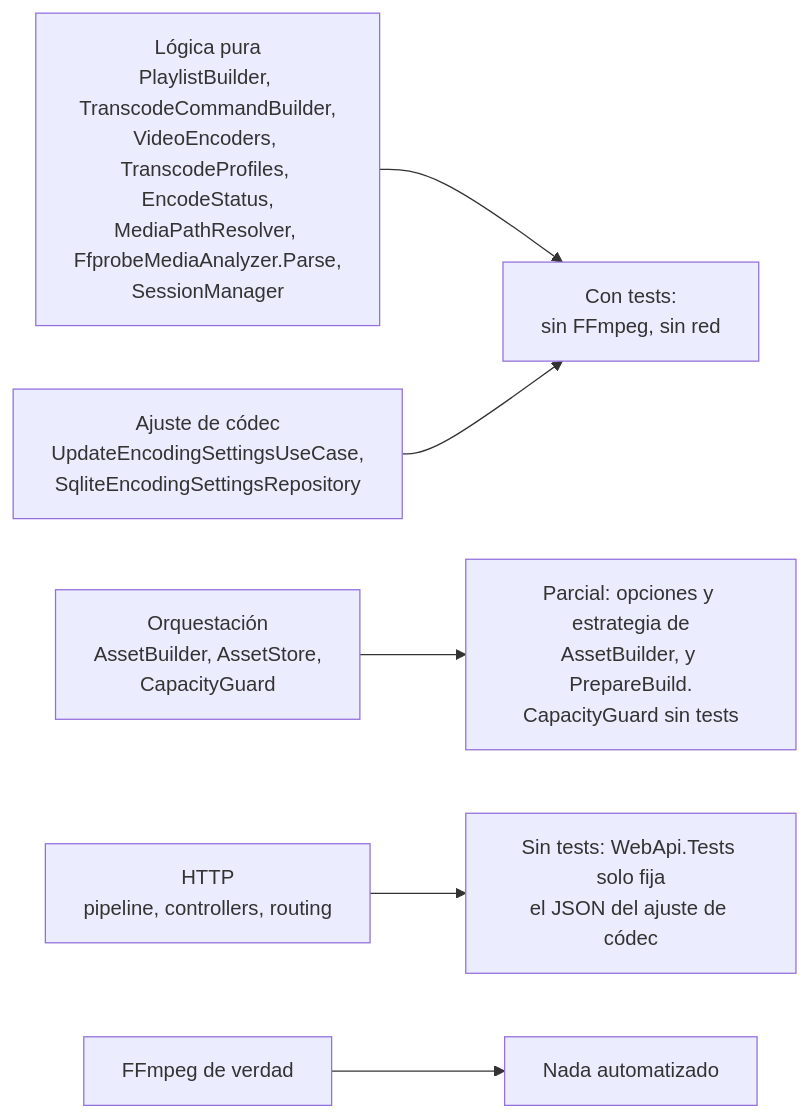
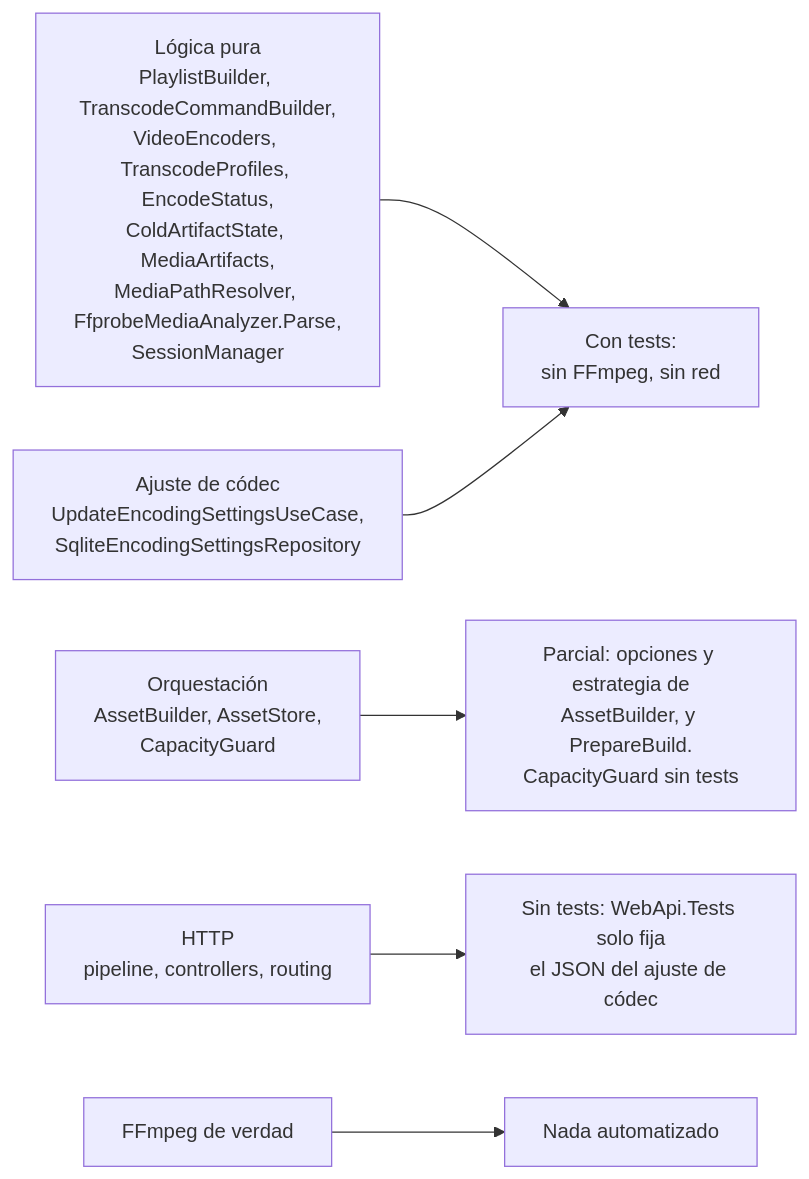
One commit to Juan045/home-stream-app changed diagram 15 of 15 in system_arquitecture.md. Above: the diagram before and after it, drawn with Mermaid. The commit also changed other lines of this file and 14 other files, not shown here.

Commit message:
feat: artifact status endpoint

````diff
--- a/system_arquitecture.md
+++ b/system_arquitecture.md
@@ -787,8 +804,8 @@
 ```mermaid
 flowchart LR
-    PURA["Lógica pura<br/>PlaylistBuilder, TranscodeCommandBuilder,<br/>VideoEncoders, TranscodeProfiles, EncodeStatus,<br/>MediaPathResolver, FfprobeMediaAnalyzer.Parse,<br/>SessionManager"] --> OK["Con tests:<br/>sin FFmpeg, sin red"]
+    PURA["Lógica pura<br/>PlaylistBuilder, TranscodeCommandBuilder,<br/>VideoEncoders, TranscodeProfiles, EncodeStatus,<br/>ColdArtifactState, MediaArtifacts,<br/>MediaPathResolver, FfprobeMediaAnalyzer.Parse,<br/>SessionManager"] --> OK["Con tests:<br/>sin FFmpeg, sin red"]
     AJUSTE["Ajuste de códec<br/>UpdateEncodingSettingsUseCase,<br/>SqliteEncodingSettingsRepository"] --> OK
     ORQ["Orquestación<br/>AssetBuilder, AssetStore,<br/>CapacityGuard"] --> NO1["Parcial: opciones y estrategia de<br/>AssetBuilder, y PrepareBuild.<br/>CapacityGuard sin tests"]
     HTTP["HTTP<br/>pipeline, controllers, routing"] --> NO2["Sin tests: WebApi.Tests solo fija<br/>el JSON del ajuste de códec"]
     REAL["FFmpeg de verdad"] --> NO3["Nada automatizado"]
 ```
````
